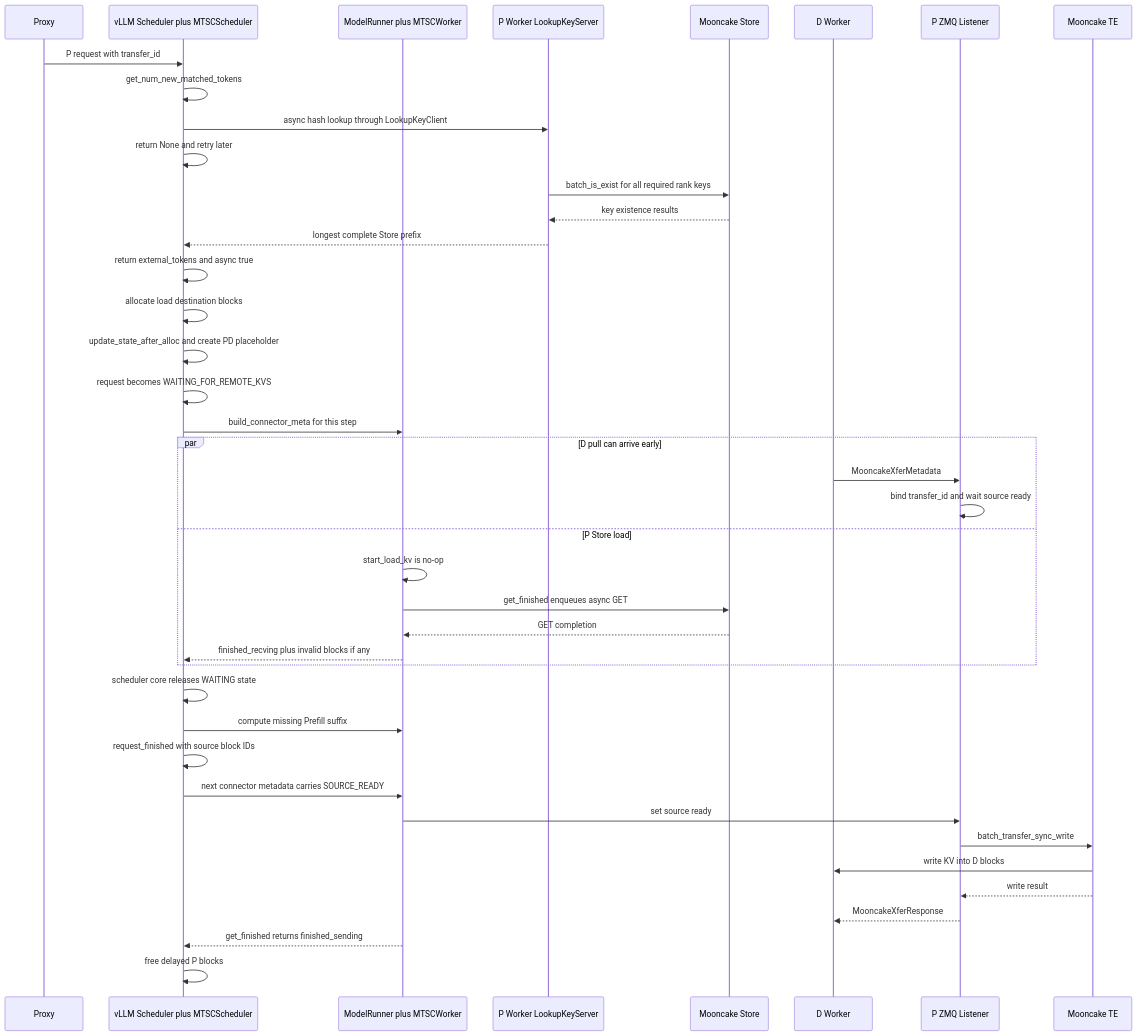
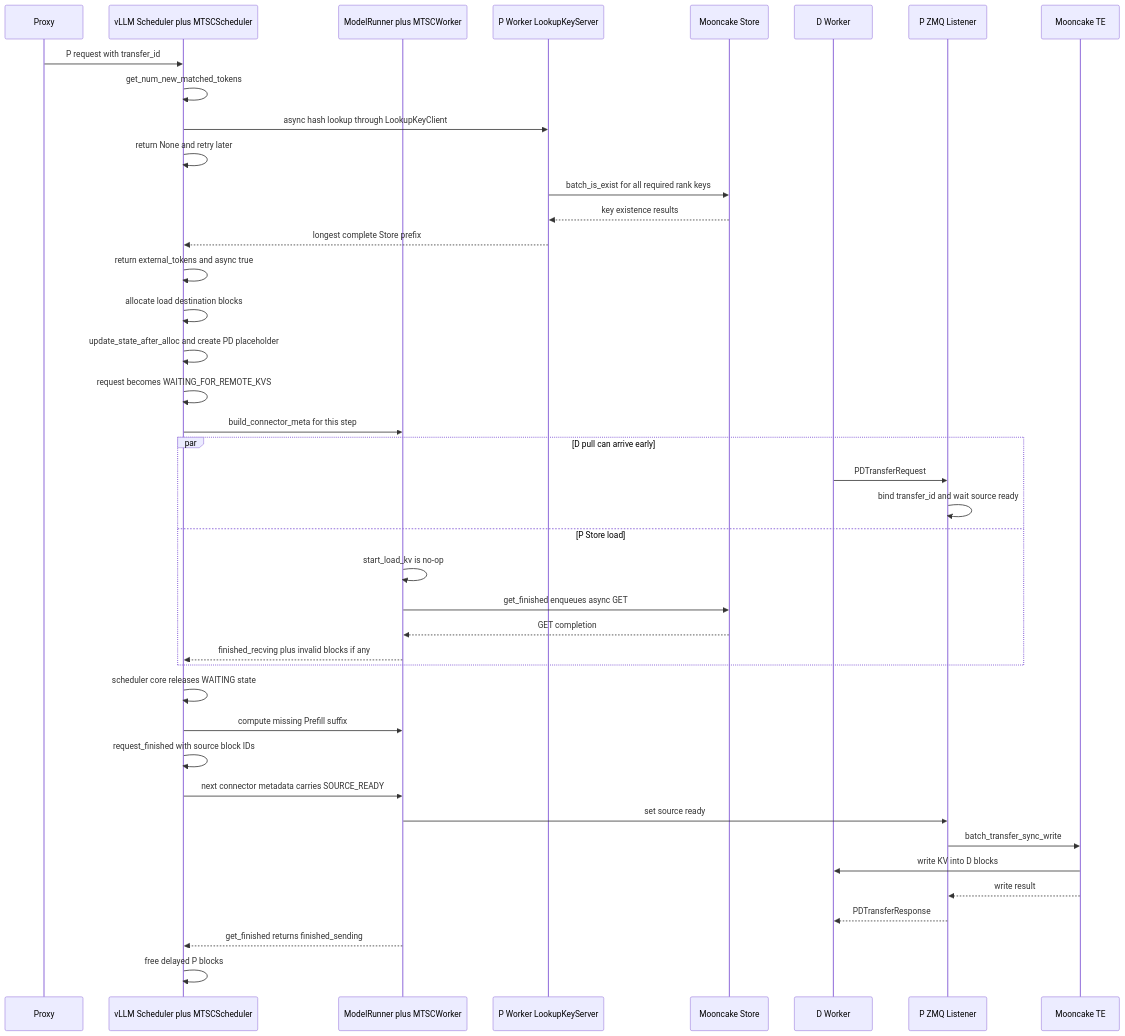
Before and after one commit to WangSu-X/MTSC: the third of 4 diagrams in docs/design/S02-prefill设计.md, drawn with Mermaid. The commit also changed other lines of this file and 18 other files, not shown here.

````diff
--- a/docs/design/S02-prefill设计.md
+++ b/docs/design/S02-prefill设计.md
@@ -423,44 +460,44 @@
 ```mermaid
 sequenceDiagram
     participant X as Proxy
     participant PS as vLLM Scheduler plus MTSCScheduler
     participant PW as ModelRunner plus MTSCWorker
     participant LK as P Worker LookupKeyServer
     participant S as Mooncake Store
     participant D as D Worker
     participant L as P ZMQ Listener
     participant TE as Mooncake TE
 
     X->>PS: P request with transfer_id
     PS->>PS: get_num_new_matched_tokens
     PS->>LK: async hash lookup through LookupKeyClient
     PS->>PS: return None and retry later
     LK->>S: batch_is_exist for all required rank keys
     S-->>LK: key existence results
     LK-->>PS: longest complete Store prefix
     PS->>PS: return external_tokens and async true
     PS->>PS: allocate load destination blocks
     PS->>PS: update_state_after_alloc and create PD placeholder
     PS->>PS: request becomes WAITING_FOR_REMOTE_KVS
     PS->>PW: build_connector_meta for this step
     par D pull can arrive early
-        D->>L: MooncakeXferMetadata
+        D->>L: PDTransferRequest
         L->>L: bind transfer_id and wait source ready
     and P Store load
         PW->>PW: start_load_kv is no-op
         PW->>S: get_finished enqueues async GET
         S-->>PW: GET completion
         PW-->>PS: finished_recving plus invalid blocks if any
     end
     PS->>PS: scheduler core releases WAITING state
     PS->>PW: compute missing Prefill suffix
     PS->>PS: request_finished with source block IDs
     PS->>PW: next connector metadata carries SOURCE_READY
     PW->>L: set source ready
     L->>TE: batch_transfer_sync_write
     TE->>D: write KV into D blocks
     TE-->>L: write result
-    L-->>D: MooncakeXferResponse
+    L-->>D: PDTransferResponse
     PW-->>PS: get_finished returns finished_sending
     PS->>PS: free delayed P blocks
 ```
````
